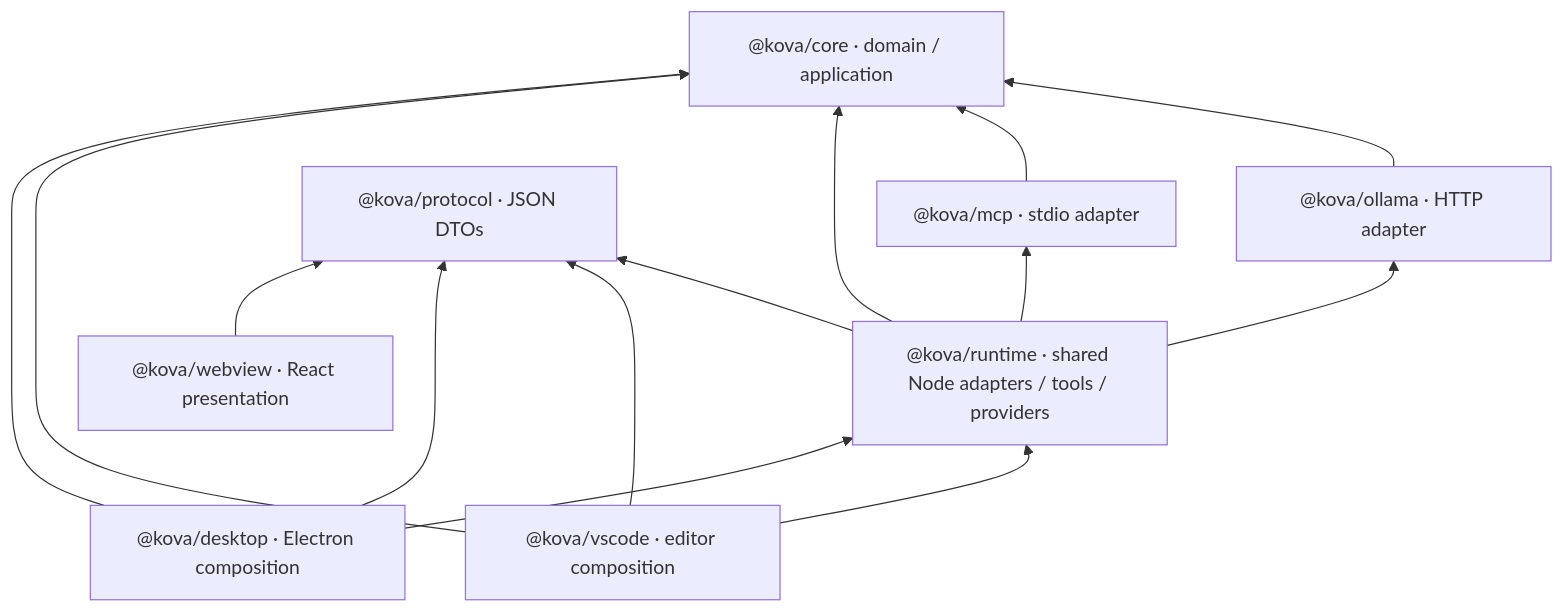
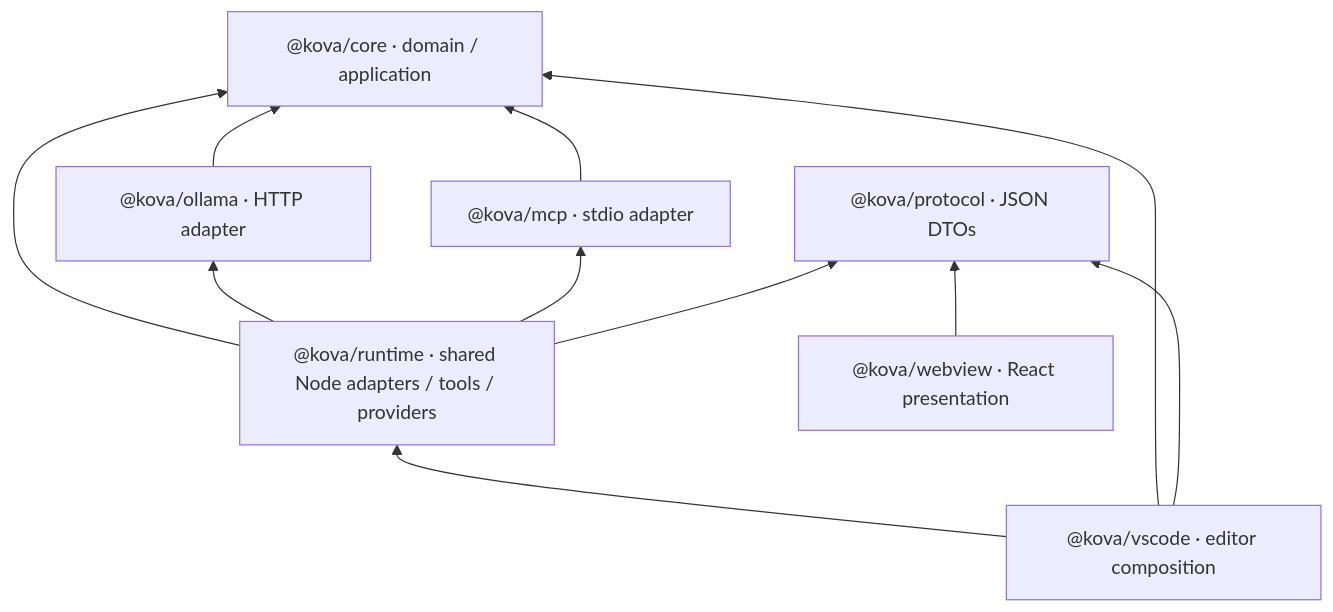
The diagram in docs/ARCHITECTURE.md (owlCoder/kova), drawn with Mermaid before and after one commit. The commit also changed other lines of this file and 111 other files, not shown here.

````diff
--- a/docs/ARCHITECTURE.md
+++ b/docs/ARCHITECTURE.md
@@ -7,16 +7,13 @@
 ```mermaid
 flowchart BT
   O["@kova/ollama · HTTP adapter"] --> C["@kova/core · domain / application"]
   M["@kova/mcp · stdio adapter"] --> C
   R["@kova/runtime · shared Node adapters / tools / providers"] --> C
   R --> O
   R --> M
   R --> P["@kova/protocol · JSON DTOs"]
   V["@kova/vscode · editor composition"] --> R
   V --> C
   V --> P
-  D["@kova/desktop · Electron composition"] --> R
-  D --> C
-  D --> P
   W["@kova/webview · React presentation"] --> P
 ```
````
